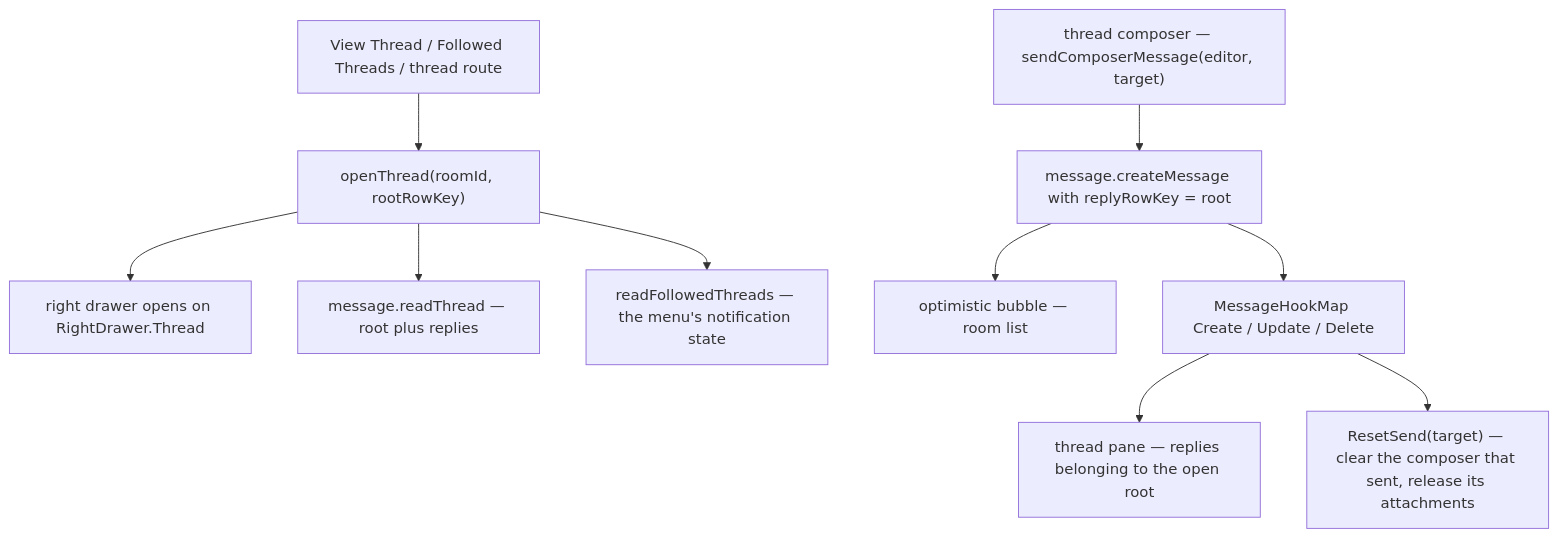
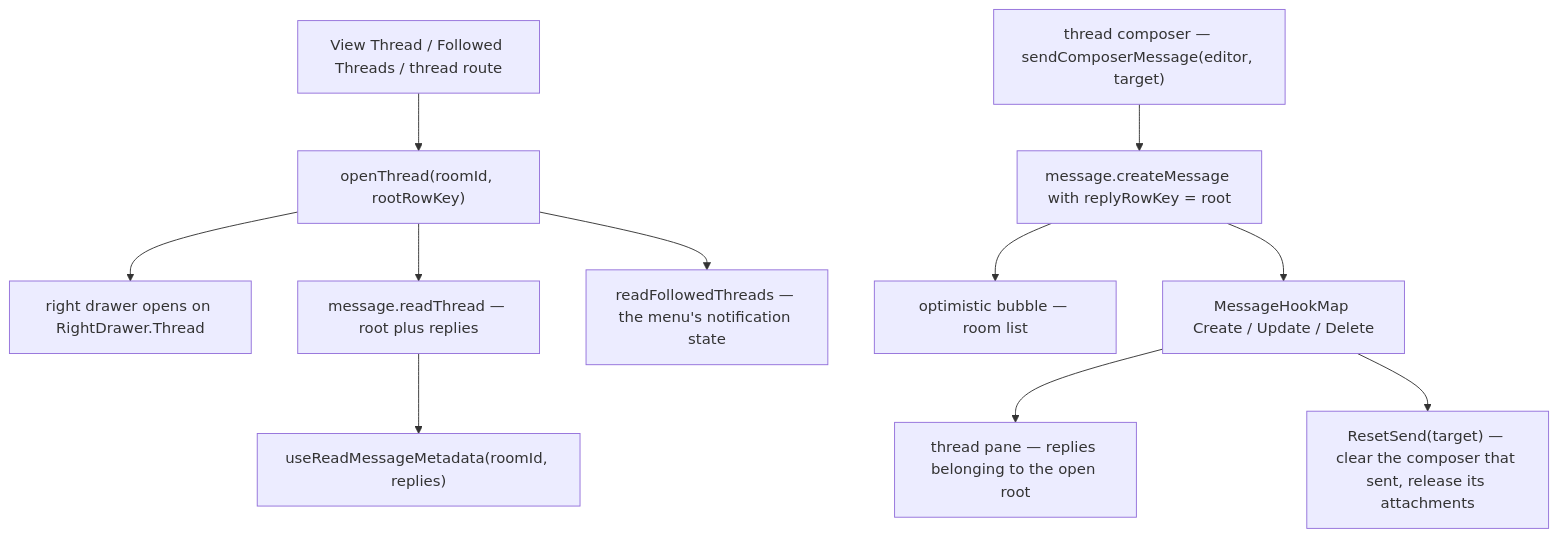
The diagram in apps/web/content/docs/esbabbler/threads.md (Esposter/Esposter), drawn with Mermaid before and after one commit. The commit also changed other lines of this file and 12 other files, not shown here.

First line of the commit message:
fix(esbabbler): a thread reads its replies' metadata, and the media viewer walks the clicked message's room

````diff
--- a/apps/web/content/docs/esbabbler/threads.md
+++ b/apps/web/content/docs/esbabbler/threads.md
@@ -18,12 +18,13 @@
 ```mermaid
 flowchart TD
   V["View Thread / Followed Threads / thread route"] --> O["openThread(roomId, rootRowKey)"]
   O --> D["right drawer opens on RightDrawer.Thread"]
   O --> R["message.readThread — root plus replies"]
+  R --> RM["useReadMessageMetadata(roomId, replies)"]
   O --> F["readFollowedThreads — the menu's notification state"]
   C["thread composer — sendComposerMessage(editor, target)"] --> M["message.createMessage with replyRowKey = root"]
   M --> B["optimistic bubble — room list"]
   M --> HK["MessageHookMap Create / Update / Delete"]
   HK --> P["thread pane — replies belonging to the open root"]
   HK --> RS["ResetSend(target) — clear the composer that sent, release its attachments"]
 ```
````
